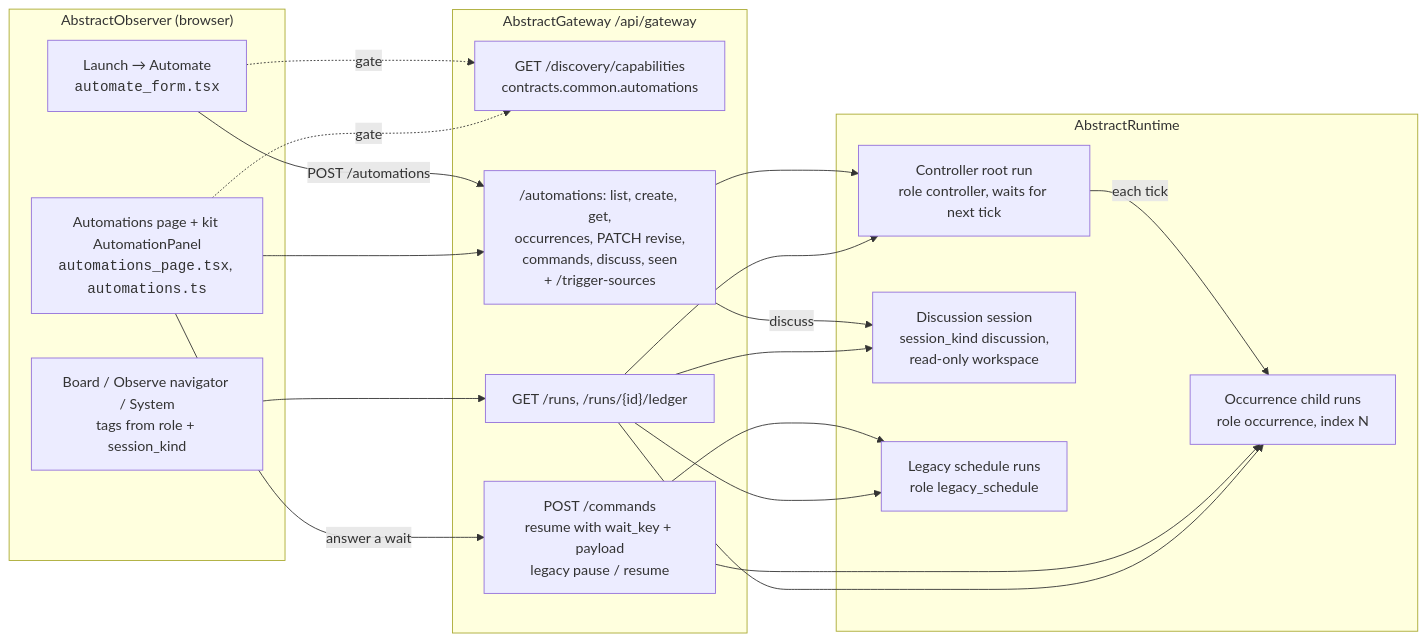
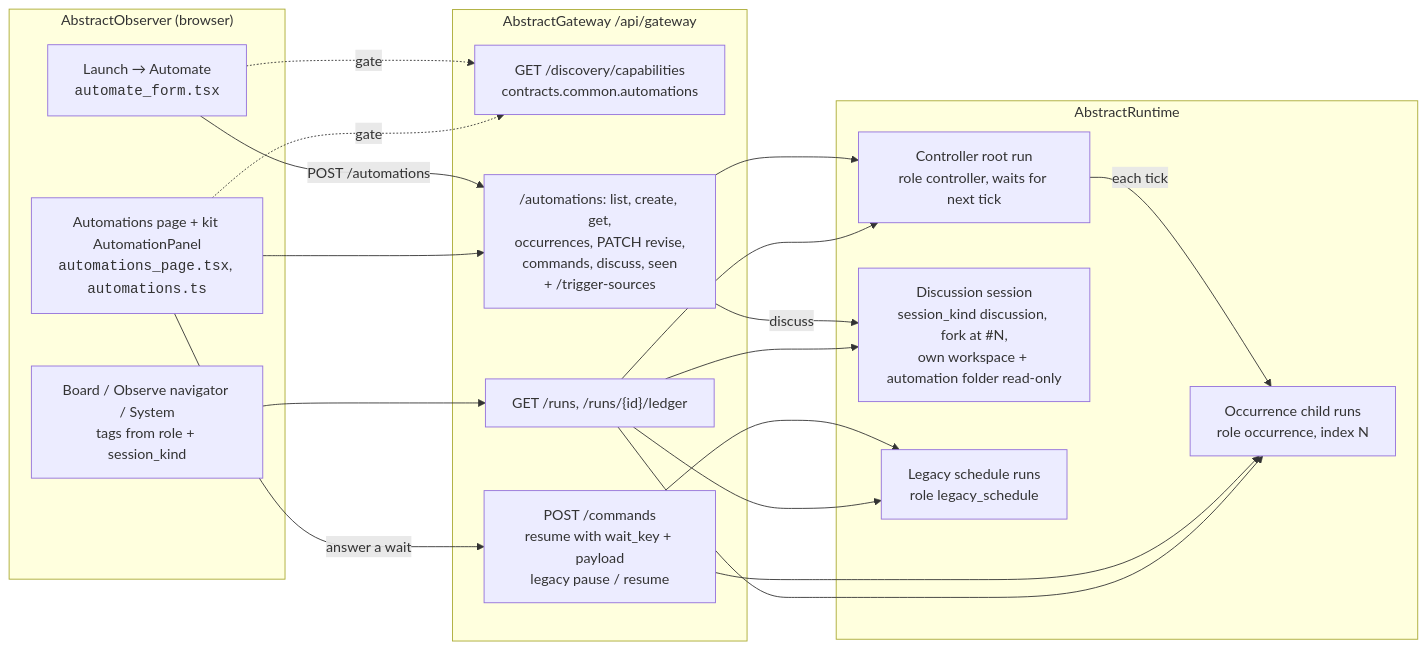
The third of 3 diagrams in docs/architecture.md (lpalbou/AbstractObserver), drawn with Mermaid before and after one commit. The commit also changed 11 other files, not shown here.

First line of the commit message:
feat(automations): discussion = fork at occurrence N, own workspace, automation files read-only (ui-kit 12f736a)

````diff
--- a/docs/architecture.md
+++ b/docs/architecture.md
@@ -81,35 +81,35 @@
 ```mermaid
 flowchart LR
   subgraph OBS["AbstractObserver (browser)"]
     L["Launch → Automate<br/><code>automate_form.tsx</code>"]
     AP["Automations page + kit AutomationPanel<br/><code>automations_page.tsx</code>, <code>automations.ts</code>"]
     BV["Board / Observe navigator / System<br/>tags from role + session_kind"]
   end
   subgraph GW["AbstractGateway /api/gateway"]
     CAP["GET /discovery/capabilities<br/>contracts.common.automations"]
     AUTO["/automations: list, create, get,<br/>occurrences, PATCH revise,<br/>commands, discuss, seen<br/>+ /trigger-sources"]
     CMD["POST /commands<br/>resume with wait_key + payload<br/>legacy pause / resume"]
     RUNS["GET /runs, /runs/{id}/ledger"]
   end
   subgraph RT[AbstractRuntime]
     CTRL["Controller root run<br/>role controller, waits for next tick"]
     OCC["Occurrence child runs<br/>role occurrence, index N"]
-    DISC["Discussion session<br/>session_kind discussion,<br/>read-only workspace"]
+    DISC["Discussion session<br/>session_kind discussion, fork at #N,<br/>own workspace + automation folder read-only"]
     LEG["Legacy schedule runs<br/>role legacy_schedule"]
   end
   L -->|POST /automations| AUTO
   AP --> AUTO
   AP -->|answer a wait| CMD
   L -. gate .-> CAP
   AP -. gate .-> CAP
   BV --> RUNS
   AUTO --> CTRL
   CTRL -->|each tick| OCC
   AUTO -->|discuss| DISC
   CMD --> OCC
   CMD --> LEG
   RUNS --> CTRL
   RUNS --> OCC
   RUNS --> DISC
   RUNS --> LEG
 ```
````
